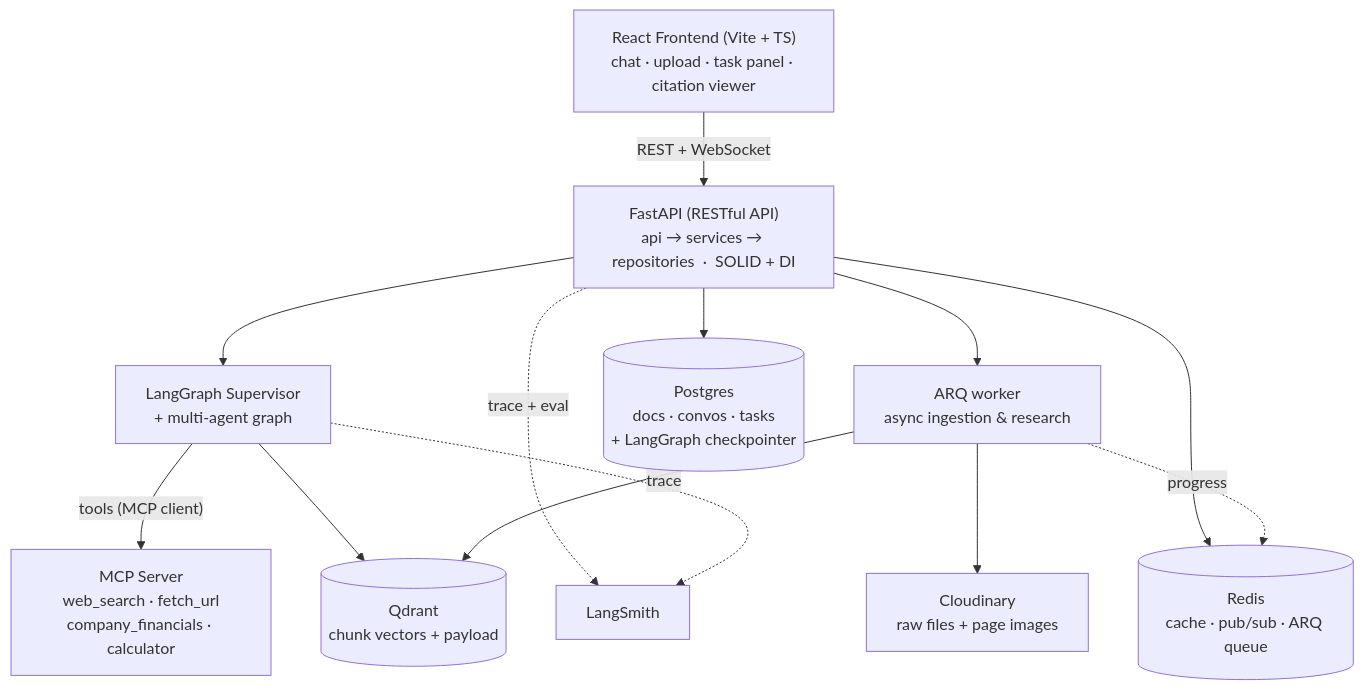
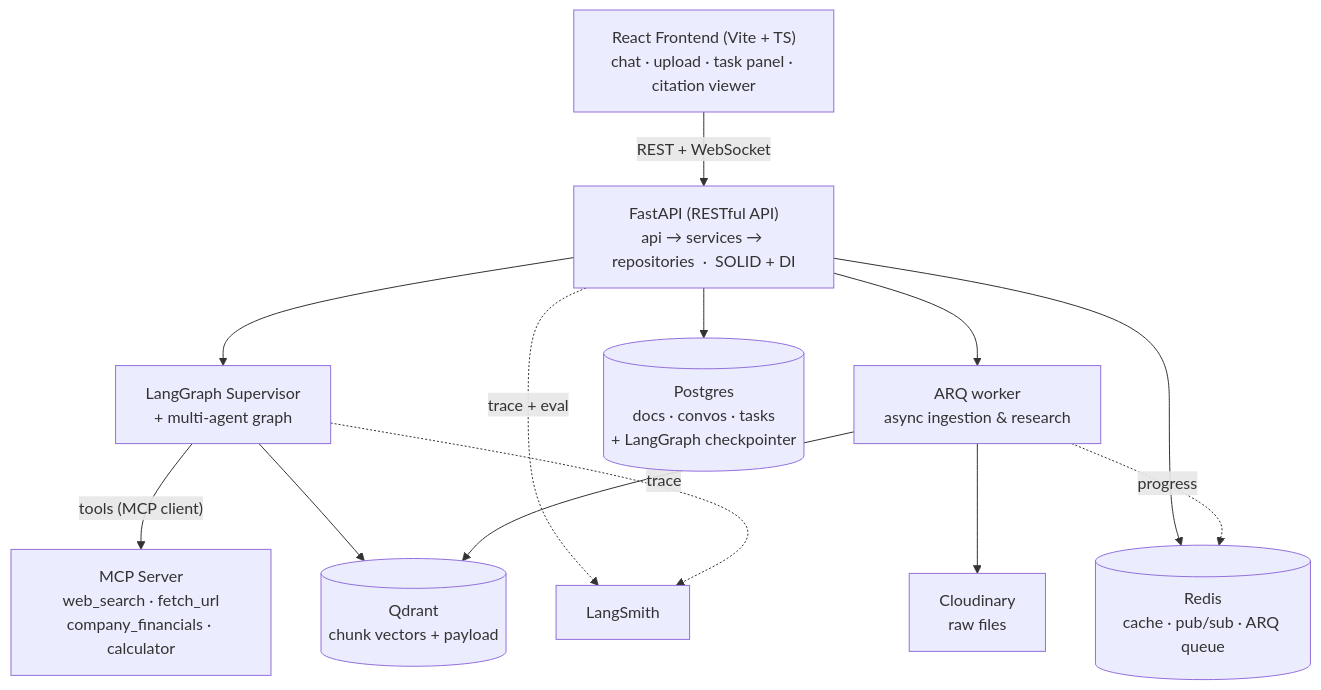
One commit to phanminhtai23/finsight-multi-agent changed the first of 2 diagrams in ARCHITECTURE.md. Above: the diagram before and after it, drawn with Mermaid. The commit also changed other lines of this file and 3 other files, not shown here.

````diff
--- a/ARCHITECTURE.md
+++ b/ARCHITECTURE.md
@@ -11,20 +11,20 @@
 ```mermaid
 flowchart TD
     FE["React Frontend (Vite + TS)<br/>chat · upload · task panel · citation viewer"]
     FE -->|"REST + WebSocket"| API["FastAPI (RESTful API)<br/>api → services → repositories  ·  SOLID + DI"]
 
     API --> GRAPH["LangGraph Supervisor<br/>+ multi-agent graph"]
     API --> WK["ARQ worker<br/>async ingestion &amp; research"]
 
     GRAPH -->|"tools (MCP client)"| MCP["MCP Server<br/>web_search · fetch_url<br/>company_financials · calculator"]
     GRAPH --> QD[("Qdrant<br/>chunk vectors + payload")]
 
     API --> PG[("Postgres<br/>docs · convos · tasks<br/>+ LangGraph checkpointer")]
     API --> RD[("Redis<br/>cache · pub/sub · ARQ queue")]
     WK --> QD
-    WK --> CL["Cloudinary<br/>raw files + page images"]
+    WK --> CL["Cloudinary<br/>raw files"]
     WK -.->|"progress"| RD
 
     API -.->|"trace + eval"| LS["LangSmith"]
     GRAPH -.->|"trace"| LS
 ```
````
